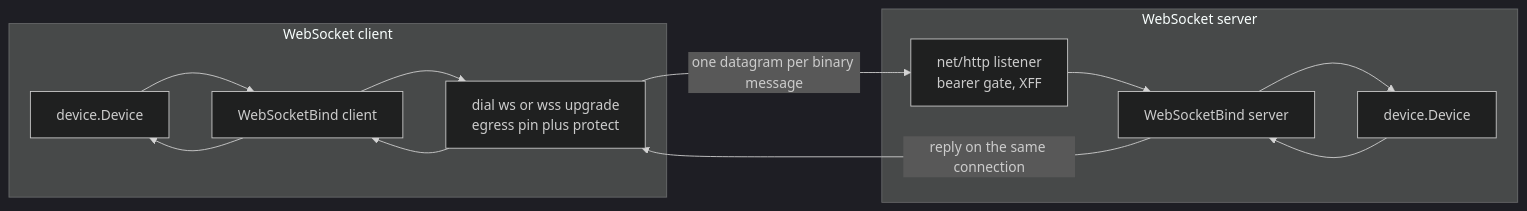
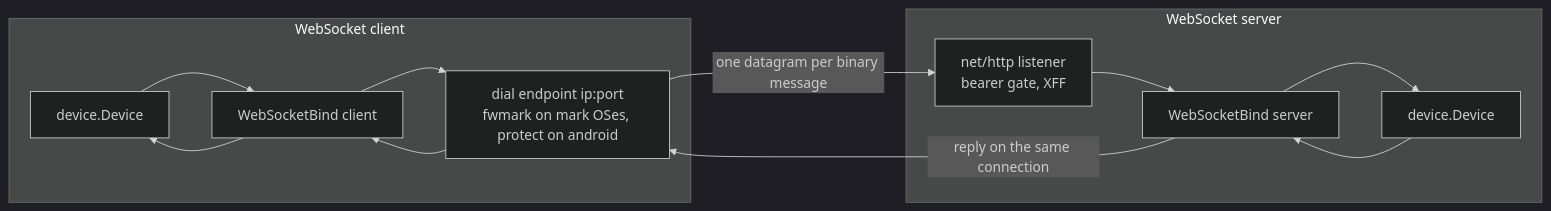
One commit to danielealbano/wireguard-go changed the eighth of 8 diagrams in docs/ARCHITECTURE.md. Above: the diagram before and after it, drawn with Mermaid (dark theme). The commit also changed other lines of this file and 5 other files, not shown here.

````diff
--- a/docs/ARCHITECTURE.md
+++ b/docs/ARCHITECTURE.md
@@ -296,20 +301,20 @@
 ```mermaid
 flowchart LR
     subgraph ClientSide["WebSocket client"]
         CDEV["device.Device"]
         CBIND["WebSocketBind client"]
-        CDIAL["dial ws or wss upgrade\negress pin plus protect"]
+        CDIAL["dial endpoint ip:port\nfwmark on mark OSes, protect on android"]
     end
 
     subgraph ServerSide["WebSocket server"]
         SHTTP["net/http listener\nbearer gate, XFF"]
         SBIND["WebSocketBind server"]
         SDEV["device.Device"]
     end
 
     CDEV --> CBIND --> CDIAL
     CDIAL -- "one datagram per binary message" --> SHTTP
     SHTTP --> SBIND --> SDEV
     SDEV --> SBIND -- "reply on the same connection" --> CDIAL
     CDIAL --> CBIND --> CDEV
 ```
````
